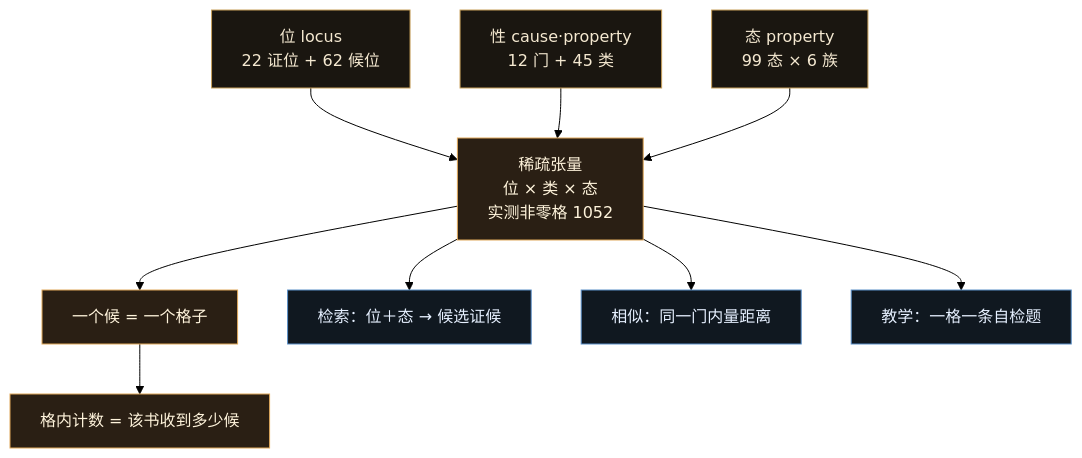
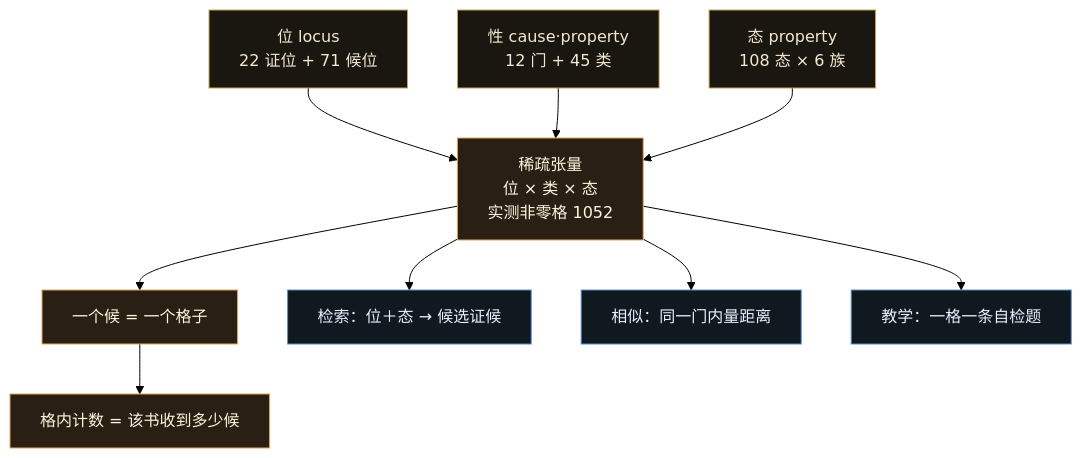
The diagram in textbooks/01-zhongyi/14-zhongyi-zhenghou-xue/figures/fig-02-三轴到张量.mmd (DayongCai/tcmai-engineering-from-scratch), drawn with Mermaid (forest theme) before and after one commit. The commit also changed 13808 other files, not shown here.

```diff
--- a/textbooks/01-zhongyi/14-zhongyi-zhenghou-xue/figures/fig-02-三轴到张量.mmd
+++ b/textbooks/01-zhongyi/14-zhongyi-zhenghou-xue/figures/fig-02-三轴到张量.mmd
@@ -1,25 +1,25 @@
 %% 图 2 三轴怎么乘成一张张量
 %% 内容依据：textbooks/01-zhongyi/14-zhongyi-zhenghou-xue/00-凡例与使用.md §3
 graph TB
-  L1["位 locus<br/>22 证位 + 62 候位"]
+  L1["位 locus<br/>22 证位 + 71 候位"]
   L2["性 cause·property<br/>12 门 + 45 类"]
-  L3["态 property<br/>99 态 × 6 族"]
+  L3["态 property<br/>108 态 × 6 族"]
   T["稀疏张量<br/>位 × 类 × 态<br/>实测非零格 1052"]
   C1["一个候 = 一个格子"]
   C2["格内计数 = 该书收到多少候"]
   U1["检索：位＋态 → 候选证候"]
   U2["相似：同一门内量距离"]
   U3["教学：一格一条自检题"]
   L1 --> T
   L2 --> T
   L3 --> T
   T --> C1 --> C2
   T --> U1
   T --> U2
   T --> U3
   classDef ax fill:#1a1610,stroke:#c8a05a,color:#f4e8d0
   classDef core fill:#2a1f14,stroke:#e0a85a,color:#fff4dc
   classDef use fill:#101820,stroke:#5a8fc8,color:#e6f0ff
   class L1,L2,L3 ax
   class T,C1,C2 core
   class U1,U2,U3 use
```
